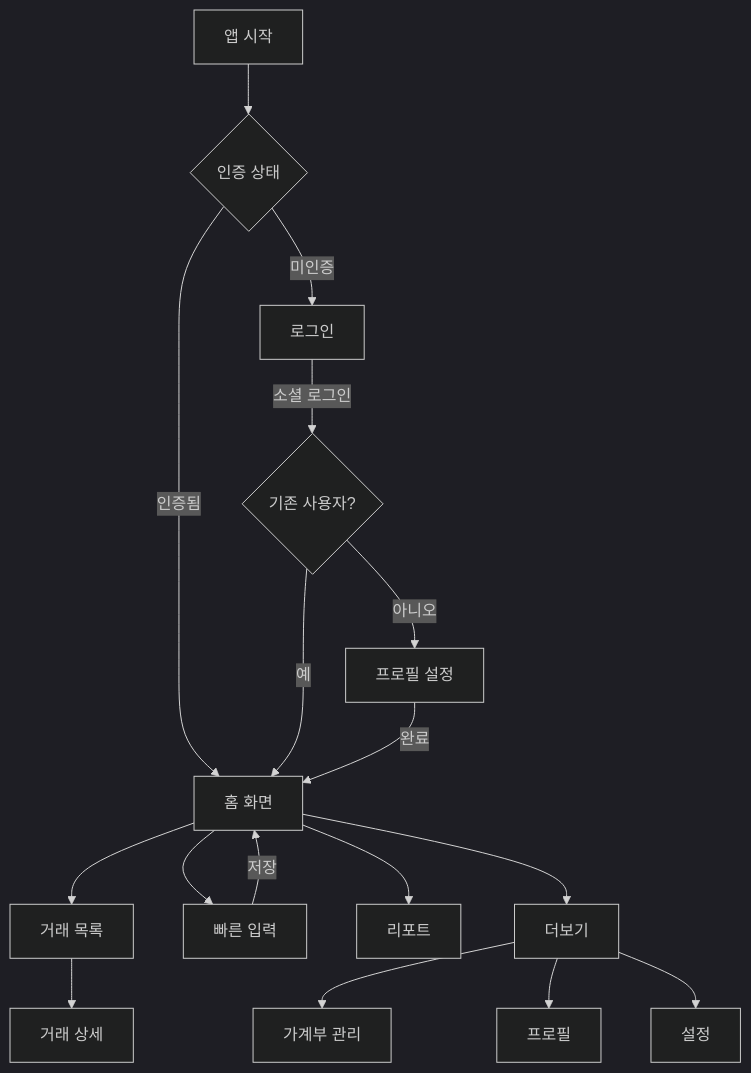
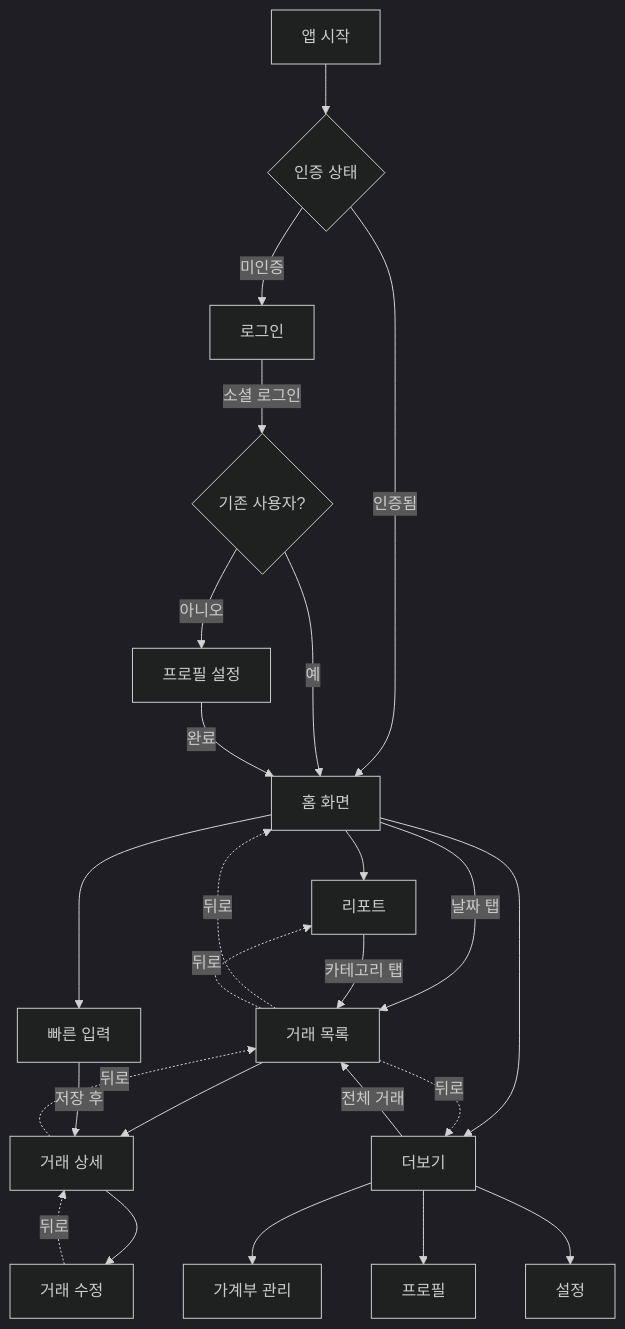
One commit to kihyeoon/bugie changed the diagram in docs/screen-design.md. Above: the diagram before and after it, drawn with Mermaid (dark theme). The commit also changed other lines of this file and 1 other file, not shown here.

````diff
--- a/docs/screen-design.md
+++ b/docs/screen-design.md
@@ -482,23 +575,38 @@
 ```mermaid
 graph TD
     A[앱 시작] --> B{인증 상태}
     B -->|미인증| C[로그인]
     B -->|인증됨| D[홈 화면]
 
     C -->|소셜 로그인| E{기존 사용자?}
     E -->|예| D
     E -->|아니오| F[프로필 설정]
     F -->|완료| D
 
-    D --> G[거래 목록]
+    %% 탭 네비게이션
+    D --> I[리포트]
     D --> H[빠른 입력]
-    D --> I[리포트]
     D --> J[더보기]
 
+    %% 스택 네비게이션 - 거래 목록
+    D -->|날짜 탭| G[거래 목록]
+    I -->|카테고리 탭| G
+    J -->|전체 거래| G
+
+    %% 스택 네비게이션 - 거래 상세
     G --> K[거래 상세]
-    H -->|저장| D
+    H -->|저장 후| K
+    K --> O[거래 수정]
 
+    %% 뒤로가기 흐름
+    G -.->|뒤로| D
+    G -.->|뒤로| I
+    G -.->|뒤로| J
+    K -.->|뒤로| G
+    O -.->|뒤로| K
+
+    %% 더보기 메뉴
     J --> L[가계부 관리]
     J --> M[프로필]
     J --> N[설정]
 ```
````
